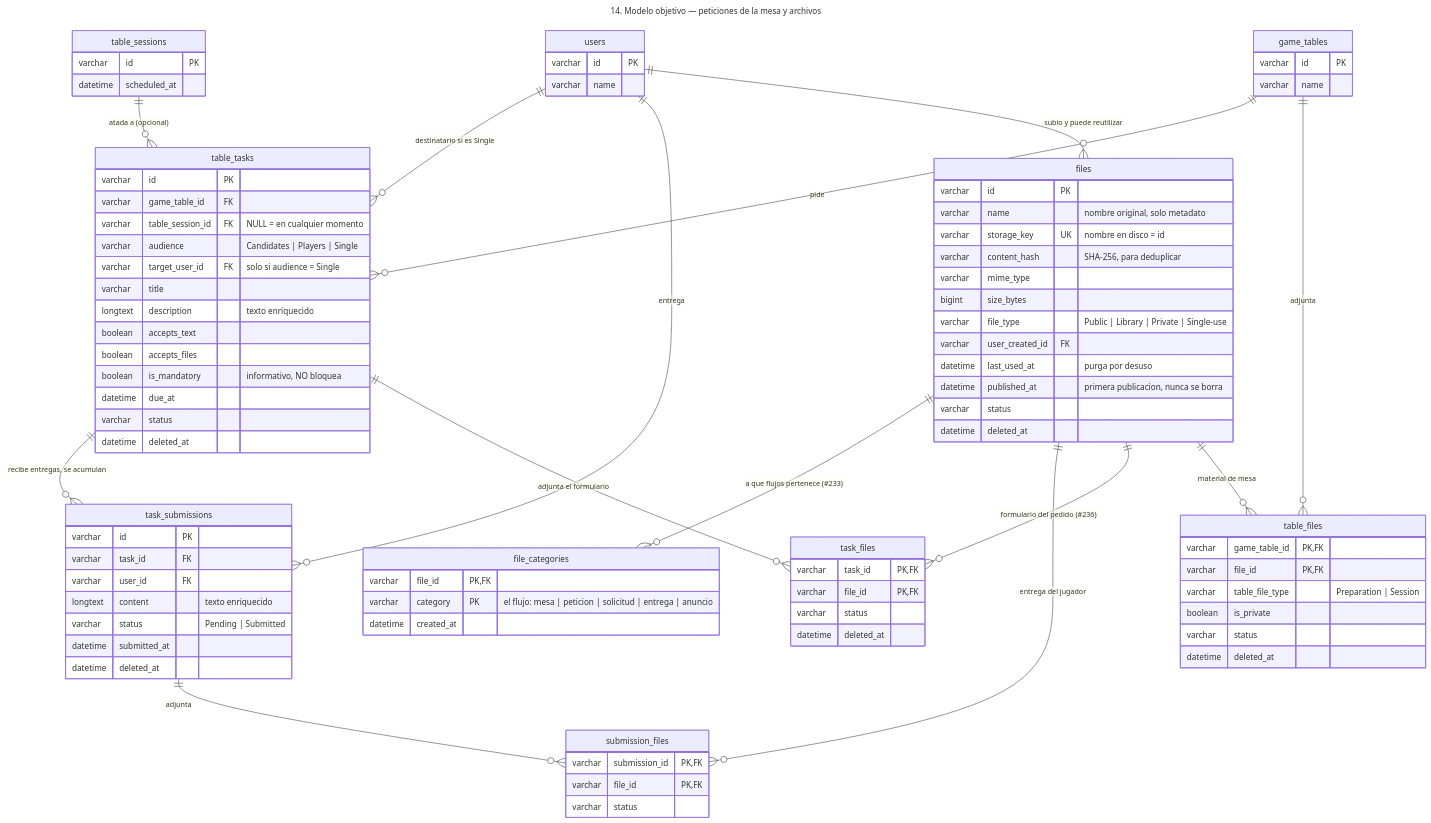
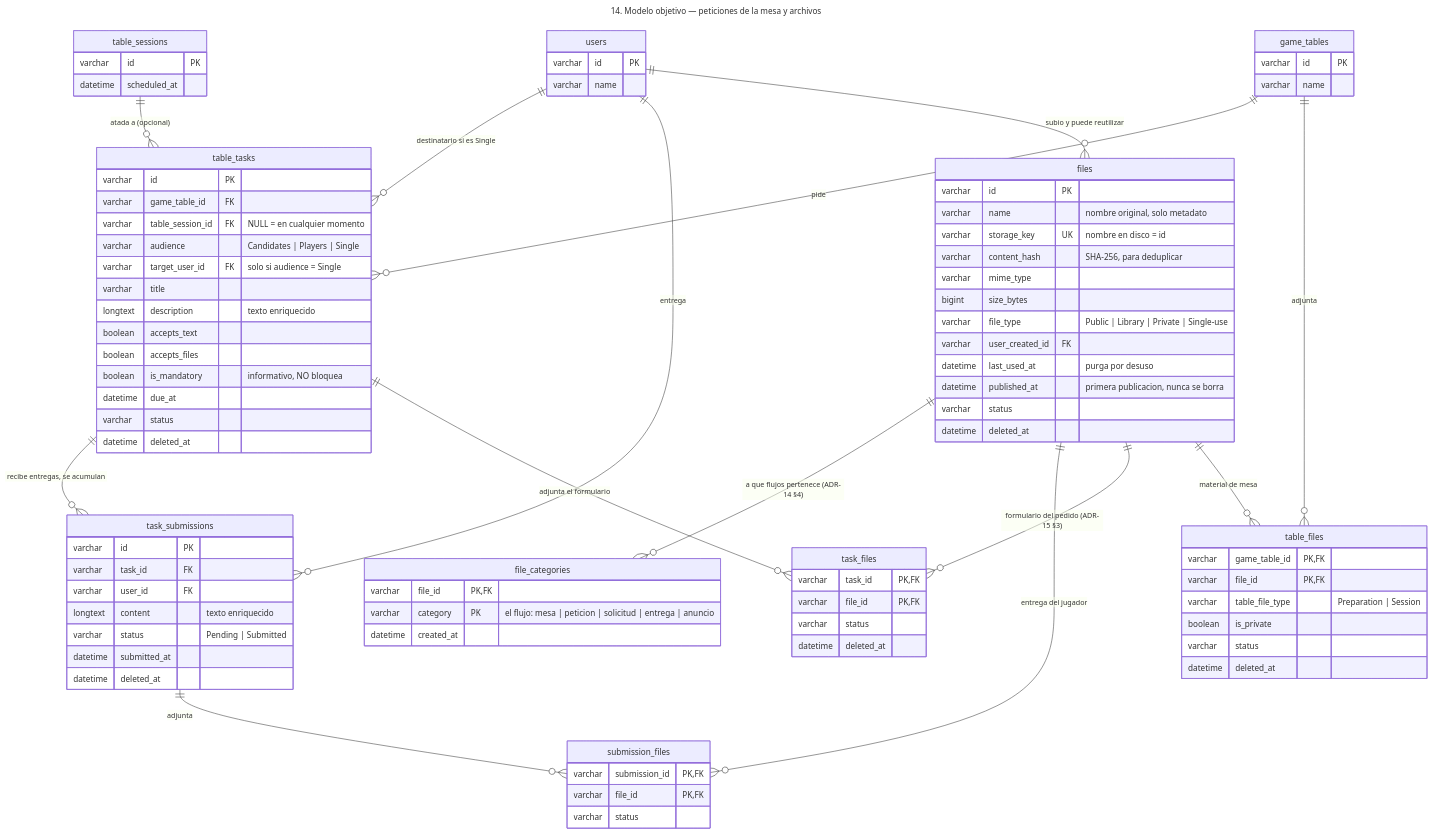
The diagram in docs/diagramas/14-objetivo-peticiones-archivos.mmd (d4m14n257/CentralDungeon), drawn with Mermaid before and after one commit. The commit also changed 1176 other files, not shown here.

```diff
--- a/docs/diagramas/14-objetivo-peticiones-archivos.mmd
+++ b/docs/diagramas/14-objetivo-peticiones-archivos.mmd
@@ -1,102 +1,102 @@
 ---
 title: "14. Modelo objetivo — peticiones de la mesa y archivos"
 ---
 erDiagram
 
     game_tables {
         varchar id PK
         varchar name
     }
 
     table_sessions {
         varchar id PK
         datetime scheduled_at
     }
 
     users {
         varchar id PK
         varchar name
     }
 
     table_tasks {
         varchar id PK
         varchar game_table_id FK
         varchar table_session_id FK "NULL = en cualquier momento"
         varchar audience "Candidates | Players | Single"
         varchar target_user_id FK "solo si audience = Single"
         varchar title
         longtext description "texto enriquecido"
         boolean accepts_text
         boolean accepts_files
         boolean is_mandatory "informativo, NO bloquea"
         datetime due_at
         varchar status
         datetime deleted_at
     }
 
     task_submissions {
         varchar id PK
         varchar task_id FK
         varchar user_id FK
         longtext content "texto enriquecido"
         varchar status "Pending | Submitted"
         datetime submitted_at
         datetime deleted_at
     }
 
     submission_files {
         varchar submission_id PK,FK
         varchar file_id PK,FK
         varchar status
     }
 
     files {
         varchar id PK
         varchar name "nombre original, solo metadato"
         varchar storage_key UK "nombre en disco = id"
         varchar content_hash "SHA-256, para deduplicar"
         varchar mime_type
         bigint size_bytes
         varchar file_type "Public | Library | Private | Single-use"
         varchar user_created_id FK
         datetime last_used_at "purga por desuso"
         datetime published_at "primera publicacion, nunca se borra"
         varchar status
         datetime deleted_at
     }
 
     file_categories {
         varchar file_id PK,FK
         varchar category PK "el flujo: mesa | peticion | solicitud | entrega | anuncio"
         datetime created_at
     }
 
     task_files {
         varchar task_id PK,FK
         varchar file_id PK,FK
         varchar status
         datetime deleted_at
     }
 
     table_files {
         varchar game_table_id PK,FK
         varchar file_id PK,FK
         varchar table_file_type "Preparation | Session"
         boolean is_private
         varchar status
         datetime deleted_at
     }
 
     game_tables    ||--o{ table_tasks      : "pide"
     table_sessions ||--o{ table_tasks      : "atada a (opcional)"
     users          ||--o{ table_tasks      : "destinatario si es Single"
     table_tasks    ||--o{ task_submissions : "recibe entregas, se acumulan"
     users          ||--o{ task_submissions : "entrega"
     task_submissions ||--o{ submission_files : "adjunta"
-    files            ||--o{ file_categories  : "a que flujos pertenece (#233)"
+    files            ||--o{ file_categories  : "a que flujos pertenece (ADR-14 §4)"
     files            ||--o{ submission_files : "entrega del jugador"
-    files            ||--o{ task_files       : "formulario del pedido (#236)"
+    files            ||--o{ task_files       : "formulario del pedido (ADR-15 §3)"
     files            ||--o{ table_files      : "material de mesa"
     table_tasks      ||--o{ task_files       : "adjunta el formulario"
     game_tables      ||--o{ table_files      : "adjunta"
     users            ||--o{ files            : "subio y puede reutilizar"
```
